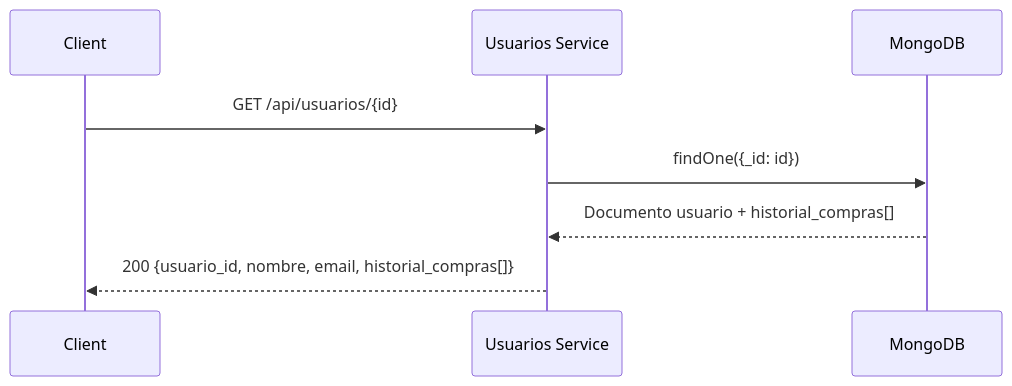
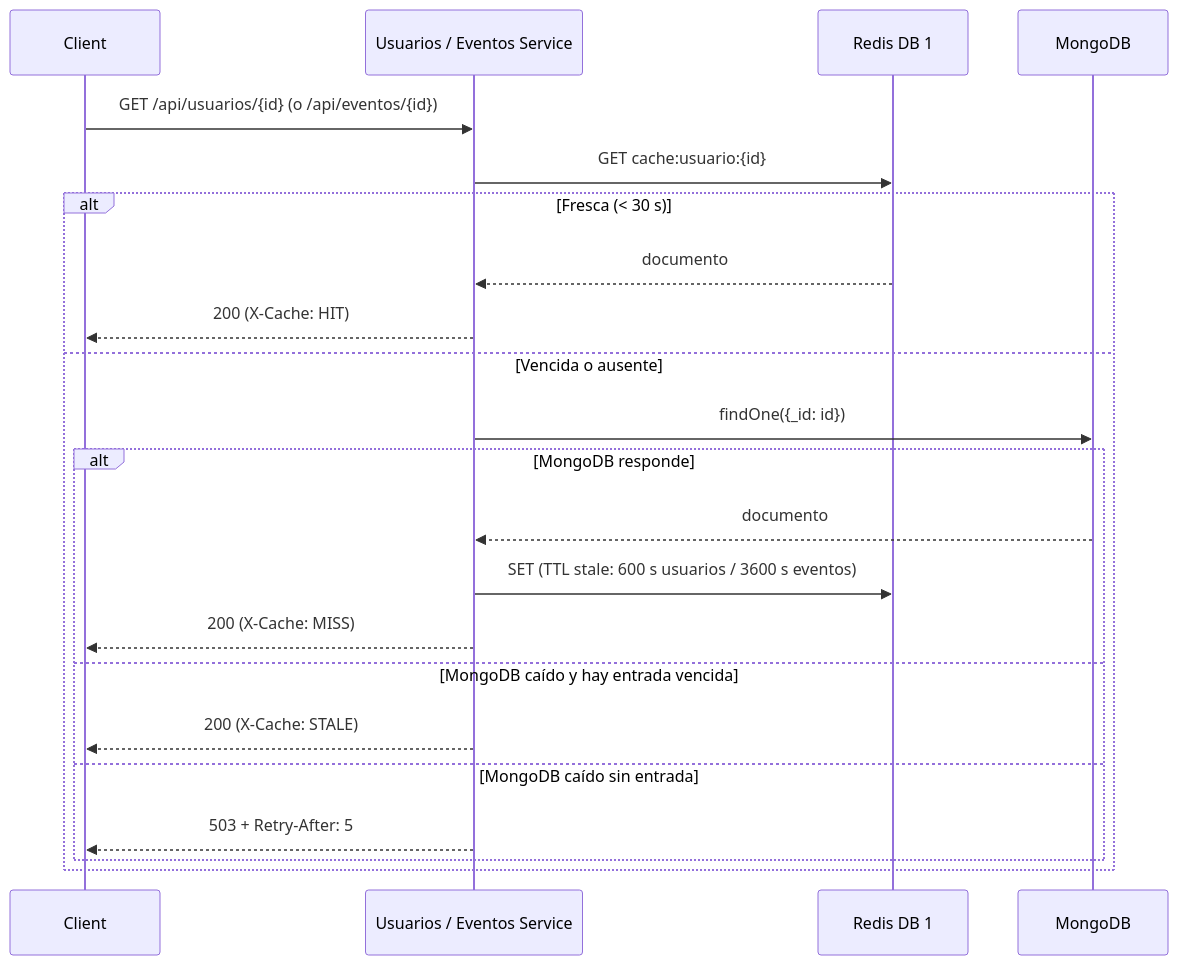
Before and after one commit to fmq203/FQ-NoSQL-2026: the second of 3 diagrams in TAREA 2/brain/architecture/data-flow.md, drawn with Mermaid. The commit also changed other lines of this file and 34 other files, not shown here.

````diff
--- a/TAREA 2/brain/architecture/data-flow.md
+++ b/TAREA 2/brain/architecture/data-flow.md
@@ -52,11 +72,25 @@
 ```mermaid
 sequenceDiagram
     participant Client
-    participant US as Usuarios Service
+    participant S as Usuarios / Eventos Service
+    participant Cache as Redis DB 1
     participant MongoDB
 
-    Client->>US: GET /api/usuarios/{id}
-    US->>MongoDB: findOne({_id: id})
-    MongoDB-->>US: Documento usuario + historial_compras[]
-    US-->>Client: 200 {usuario_id, nombre, email, historial_compras[]}
+    Client->>S: GET /api/usuarios/{id} (o /api/eventos/{id})
+    S->>Cache: GET cache:usuario:{id}
+    alt Fresca (< 30 s)
+        Cache-->>S: documento
+        S-->>Client: 200 (X-Cache: HIT)
+    else Vencida o ausente
+        S->>MongoDB: findOne({_id: id})
+        alt MongoDB responde
+            MongoDB-->>S: documento
+            S->>Cache: SET (TTL stale: 600 s usuarios / 3600 s eventos)
+            S-->>Client: 200 (X-Cache: MISS)
+        else MongoDB caído y hay entrada vencida
+            S-->>Client: 200 (X-Cache: STALE)
+        else MongoDB caído sin entrada
+            S-->>Client: 503 + Retry-After: 5
+        end
+    end
 ```
````
